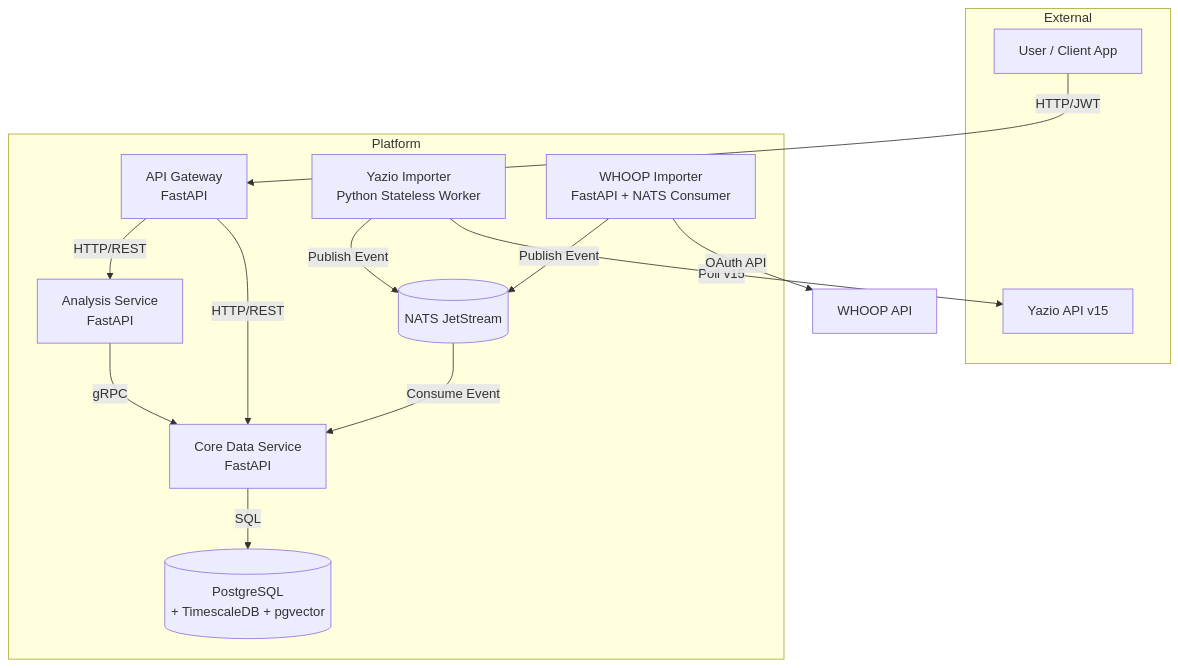
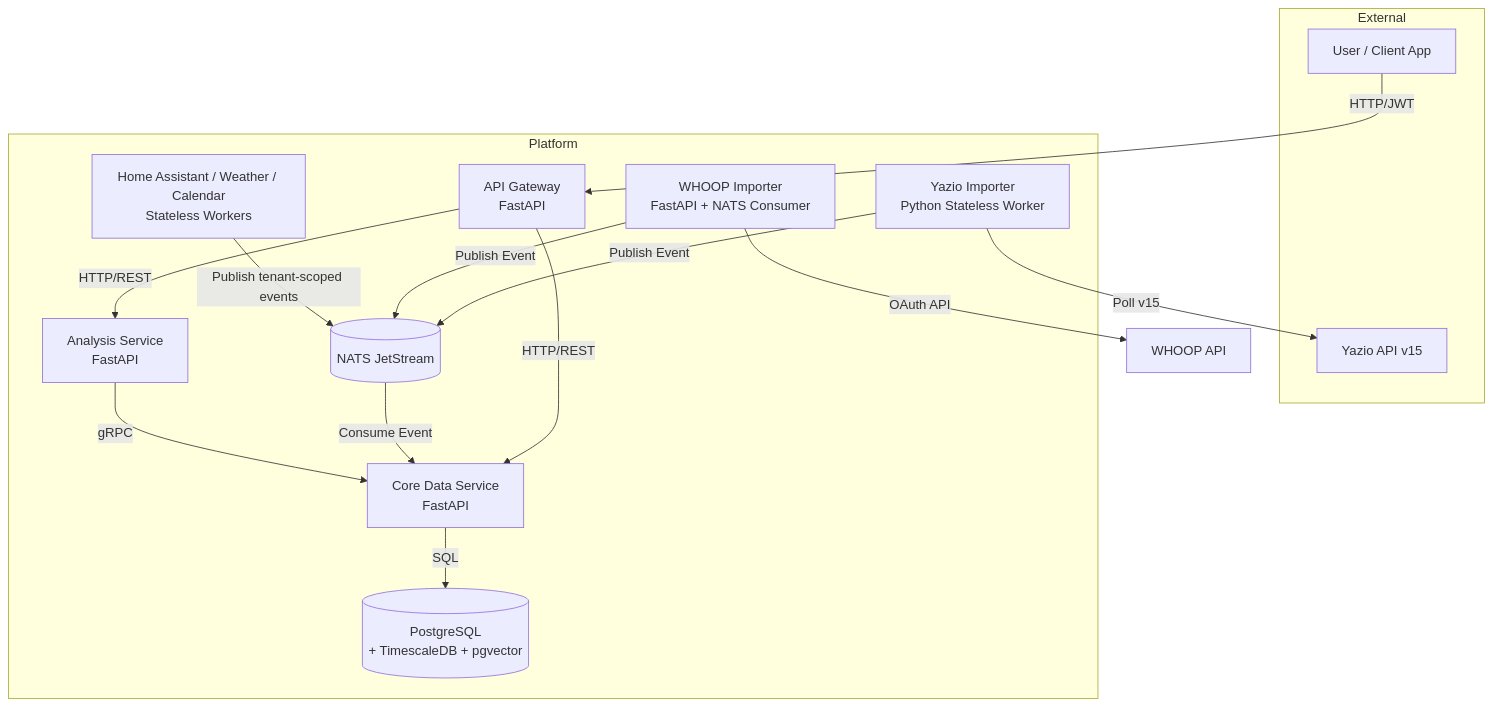
The diagram in README.md (iamTim0/quantified-self), drawn with Mermaid before and after one commit. The commit also changed other lines of this file and 39 other files, not shown here.

Commit message:
feat: deliver roadmap data quality and environment integrations

````diff
--- a/README.md
+++ b/README.md
@@ -13,31 +13,33 @@
 ```mermaid
 flowchart TD
     subgraph External
         Client[User / Client App]
         YazioAPI[Yazio API v15]
     end
 
     subgraph Platform
         Gateway[API Gateway\nFastAPI]
         Core[Core Data Service\nFastAPI]
         Analysis[Analysis Service\nFastAPI]
         YazioImporter[Yazio Importer\nPython Stateless Worker]
         WhoopImporter[WHOOP Importer\nFastAPI + NATS Consumer]
+        EnvironmentImporters[Home Assistant / Weather / Calendar\nStateless Workers]
         
         NATS[(NATS JetStream)]
         DB[(PostgreSQL\n+ TimescaleDB + pgvector)]
     end
 
     Client -->|HTTP/JWT| Gateway
     Gateway -->|HTTP/REST| Core
     Gateway -->|HTTP/REST| Analysis
     
     YazioImporter -->|Poll v15| YazioAPI
     YazioImporter -->|Publish Event| NATS
     WhoopImporter -->|OAuth API| WHOOP[WHOOP API]
     WhoopImporter -->|Publish Event| NATS
+    EnvironmentImporters -->|Publish tenant-scoped events| NATS
     NATS -->|Consume Event| Core
     Core -->|SQL| DB
     
     Analysis -->|gRPC| Core
 ```
````
